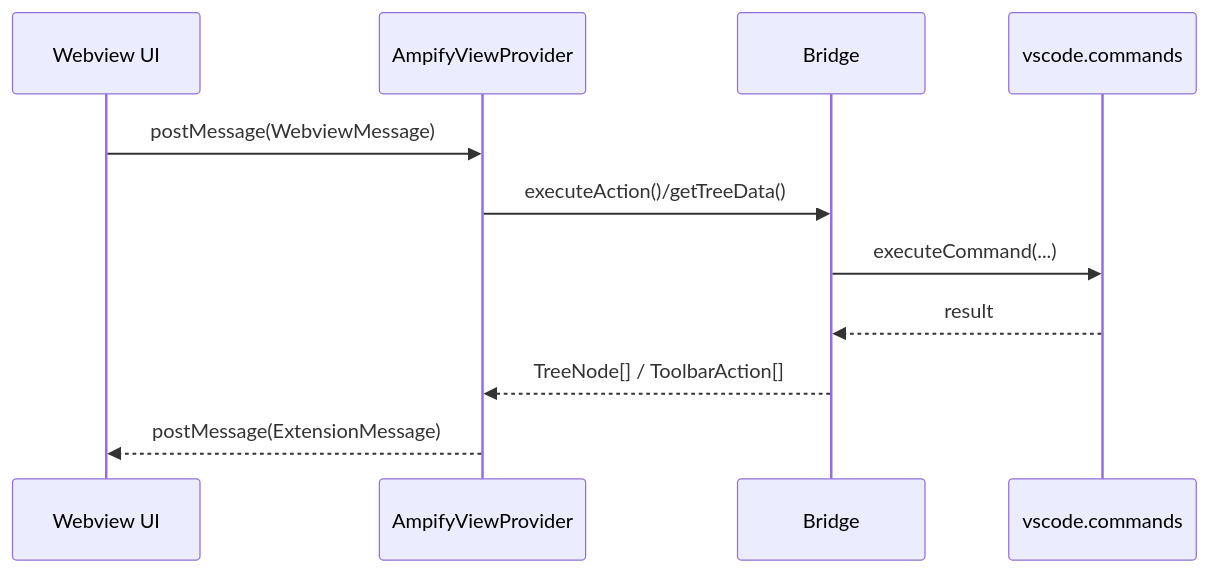
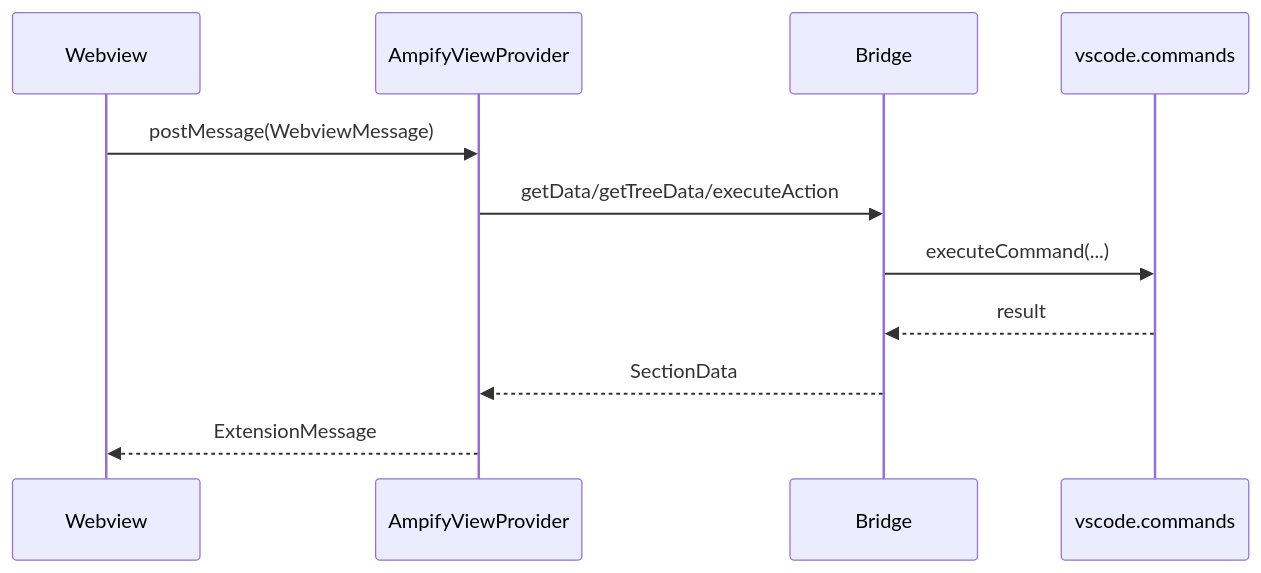
One commit to NAMEWTA/Ampify changed the third of 4 diagrams in .agents/skills/ampify-dev-guide/references/architecture.md. Above: the diagram before and after it, drawn with Mermaid. The commit also changed other lines of this file and 15 other files, not shown here.

````diff
--- a/.agents/skills/ampify-dev-guide/references/architecture.md
+++ b/.agents/skills/ampify-dev-guide/references/architecture.md
@@ -82,14 +64,14 @@
 ```mermaid
 sequenceDiagram
-    participant UI as Webview UI
+    participant UI as Webview
     participant VP as AmpifyViewProvider
     participant BR as Bridge
     participant CMD as vscode.commands
 
     UI->>VP: postMessage(WebviewMessage)
-    VP->>BR: executeAction()/getTreeData()
+    VP->>BR: getData/getTreeData/executeAction
     BR->>CMD: executeCommand(...)
     CMD-->>BR: result
-    BR-->>VP: TreeNode[] / ToolbarAction[]
-    VP-->>UI: postMessage(ExtensionMessage)
+    BR-->>VP: SectionData
+    VP-->>UI: ExtensionMessage
 ```
````
